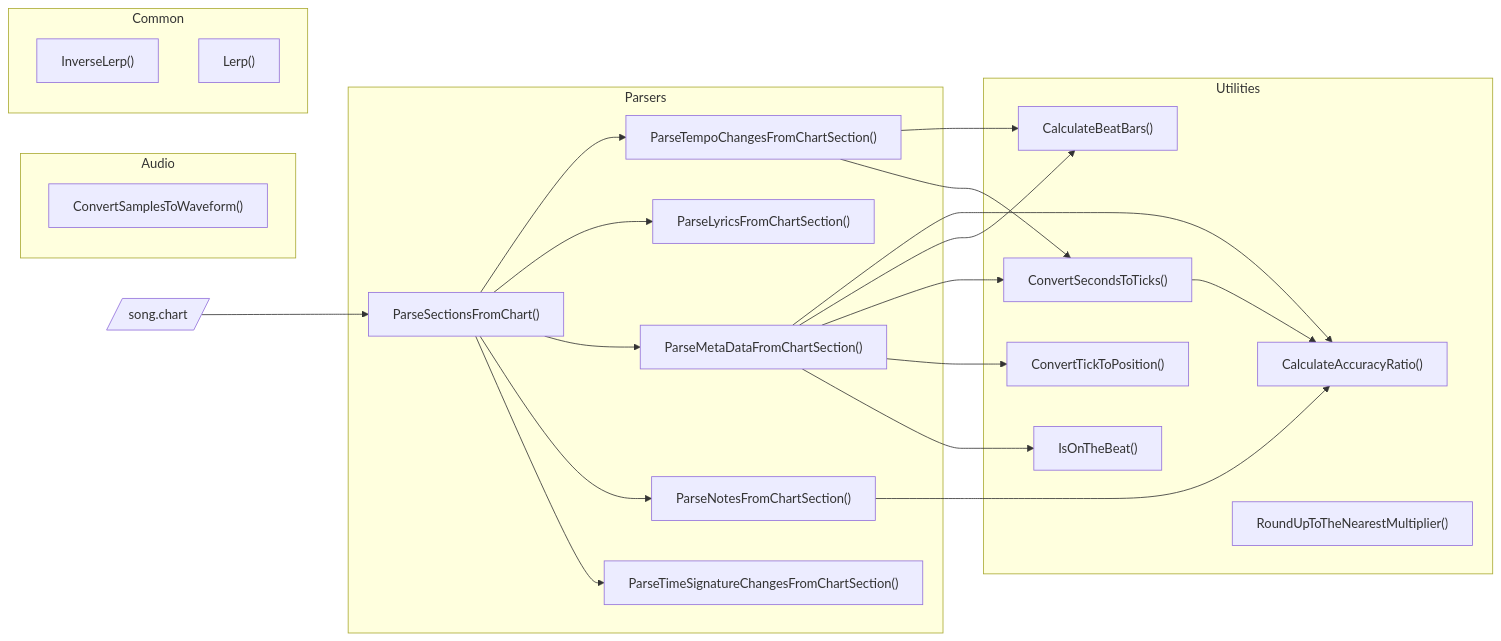
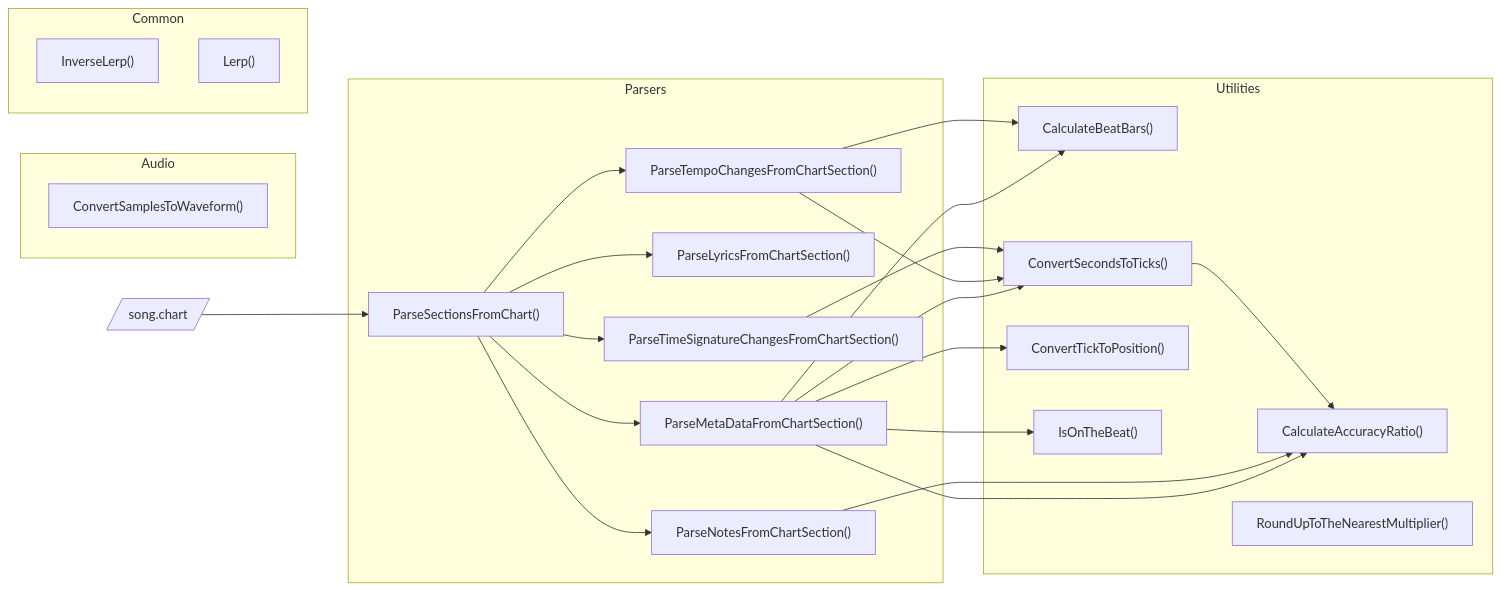
The diagram in Documentation/Architecture.md (neogeek/rhythm-game-utilities), drawn with Mermaid before and after one commit. The commit also changed 3 other files, not shown here.

````diff
--- a/Documentation/Architecture.md
+++ b/Documentation/Architecture.md
@@ -7,53 +7,54 @@
 ```mermaid
 graph LR;
     file[/"song.chart"/]
 
     subgraph audioGraph ["Audio"]
         convertSamplesToWaveform["ConvertSamplesToWaveform()"]
     end
 
     subgraph commonGraph ["Common"]
         inverseLerp["InverseLerp()"]
         lerp["Lerp()"]
     end
 
     subgraph parsersGraph ["Parsers"]
         parseSectionsFromChart["ParseSectionsFromChart()"]
-        parseBpmFromChartSection["ParseTempoChangesFromChartSection()"]
+        parseTempoChangesFromChartSection["ParseTempoChangesFromChartSection()"]
         parseLyricsFromChartSection["ParseLyricsFromChartSection()"]
         parseMetaDataFromChartSection["ParseMetaDataFromChartSection()"]
         parseNotesFromChartSection["ParseNotesFromChartSection()"]
-        parseTimeSignaturesFromChartSection["ParseTimeSignatureChangesFromChartSection()"]
+        parseTimeSignaturesChangesFromChartSection["ParseTimeSignatureChangesFromChartSection()"]
 
-        parseSectionsFromChart-->parseBpmFromChartSection
+        parseSectionsFromChart-->parseTempoChangesFromChartSection
         parseSectionsFromChart-->parseLyricsFromChartSection
         parseSectionsFromChart-->parseMetaDataFromChartSection
         parseSectionsFromChart-->parseNotesFromChartSection
-        parseSectionsFromChart-->parseTimeSignaturesFromChartSection
+        parseSectionsFromChart-->parseTimeSignaturesChangesFromChartSection
     end
 
     subgraph utilitiesGraph ["Utilities"]
         calculateAccuracyRatio["CalculateAccuracyRatio()"]
         calculateBeatBars["CalculateBeatBars()"]
         convertSecondsToTicks["ConvertSecondsToTicks()"]
         convertTickToPosition["ConvertTickToPosition()"]
         isOnTheBeat["IsOnTheBeat()"]
         roundUpToTheNearestMultiplier["RoundUpToTheNearestMultiplier()"]
     end
 
     file-->parseSectionsFromChart
 
     parseMetaDataFromChartSection-->calculateAccuracyRatio
     parseNotesFromChartSection-->calculateAccuracyRatio
     convertSecondsToTicks-->calculateAccuracyRatio
 
-    parseBpmFromChartSection-->calculateBeatBars
     parseMetaDataFromChartSection-->calculateBeatBars
+    parseTempoChangesFromChartSection-->calculateBeatBars
 
     parseMetaDataFromChartSection-->convertSecondsToTicks
-    parseBpmFromChartSection-->convertSecondsToTicks
+    parseTempoChangesFromChartSection-->convertSecondsToTicks
+    parseTimeSignaturesChangesFromChartSection-->convertSecondsToTicks
 
     parseMetaDataFromChartSection-->convertTickToPosition
 
     parseMetaDataFromChartSection-->isOnTheBeat
 ```
````
